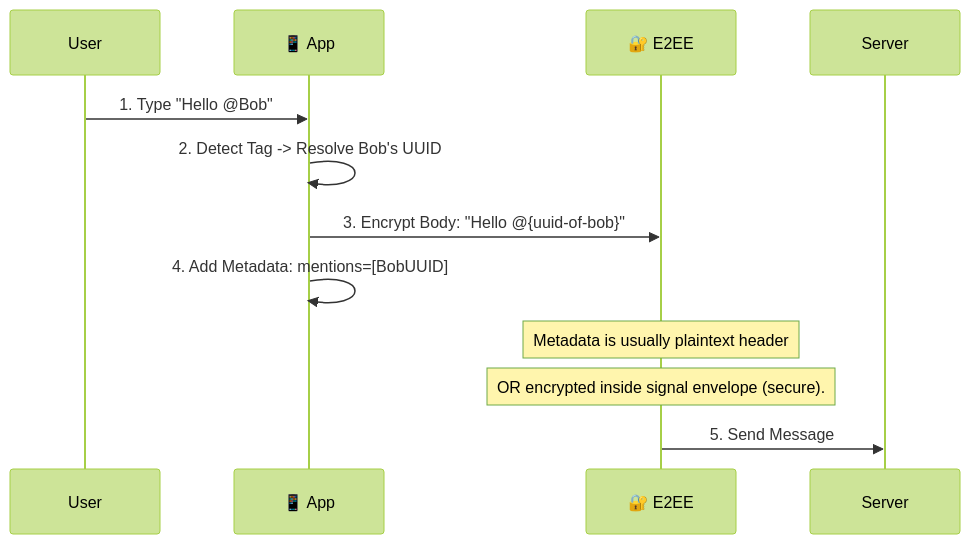
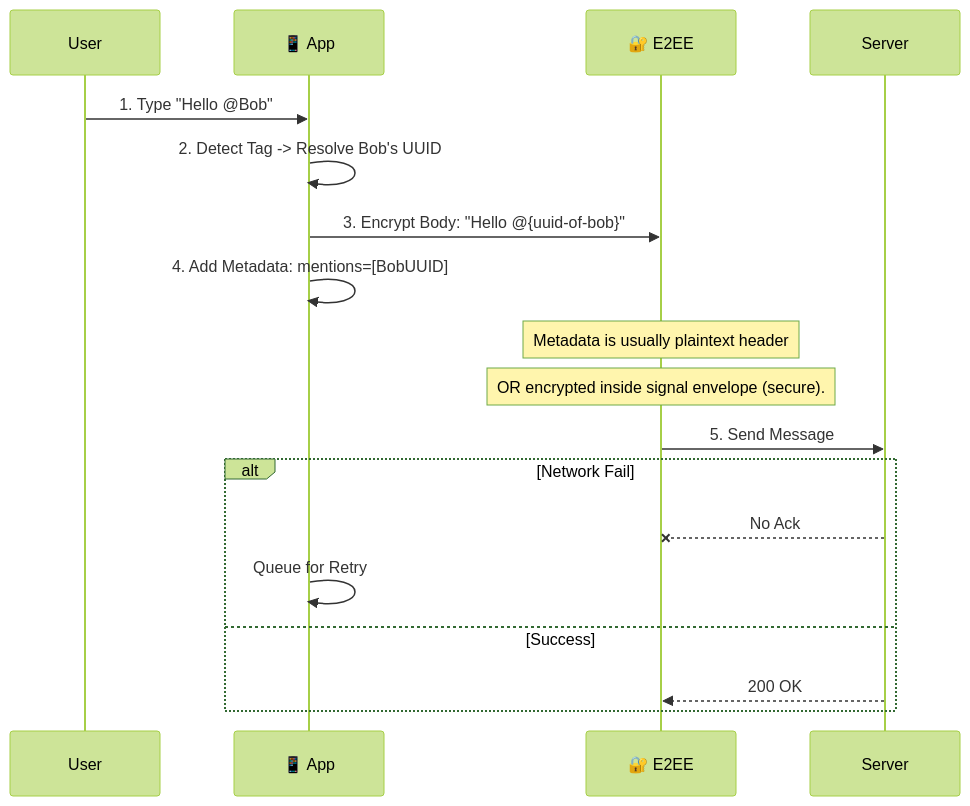
One commit to pingappduniya-oss/Ping-App-Complete-Use-Case-Flows-Technical-Deep-Dive- changed diagram 16 of 18 in CompleteUseCaseFlows.md. Above: the diagram before and after it, drawn with Mermaid (forest theme). The commit also changed other lines of this file, not shown here.

````diff
--- a/CompleteUseCaseFlows.md
+++ b/CompleteUseCaseFlows.md
@@ -391,16 +427,23 @@
 ```mermaid
 sequenceDiagram
     participant User
     participant App as 📱 App
     participant E2EE as 🔐 E2EE
 
     User->>App: 1. Type "Hello @Bob"
     App->>App: 2. Detect Tag -> Resolve Bob's UUID
     App->>E2EE: 3. Encrypt Body: "Hello @{uuid-of-bob}"
     App->>App: 4. Add Metadata: mentions=[BobUUID]
     
     Note over E2EE: Metadata is usually plaintext header
     Note over E2EE: OR encrypted inside signal envelope (secure).
     
     E2EE->>Server: 5. Send Message
+    
+    alt Network Fail
+        Server--xE2EE: No Ack
+        App->>App: Queue for Retry
+    else Success
+        Server-->>E2EE: 200 OK
+    end
 ```
````
